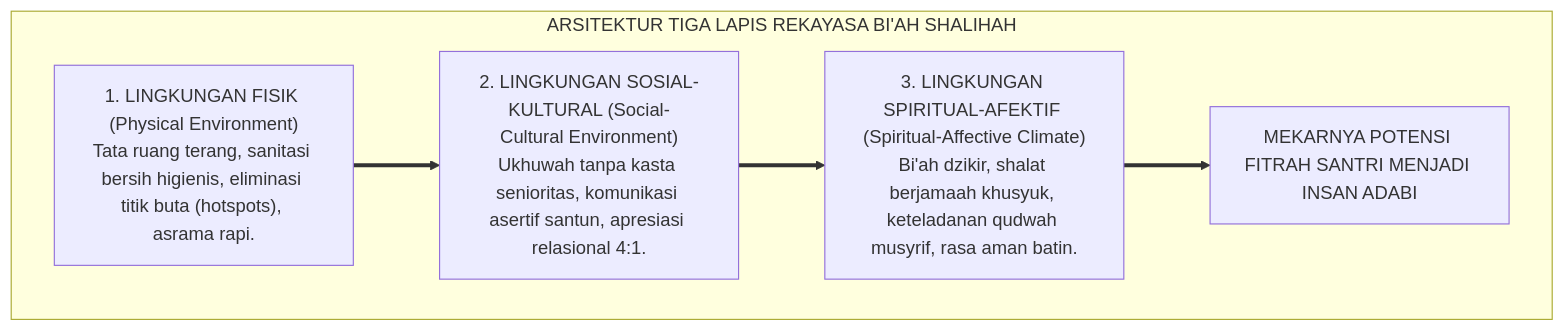
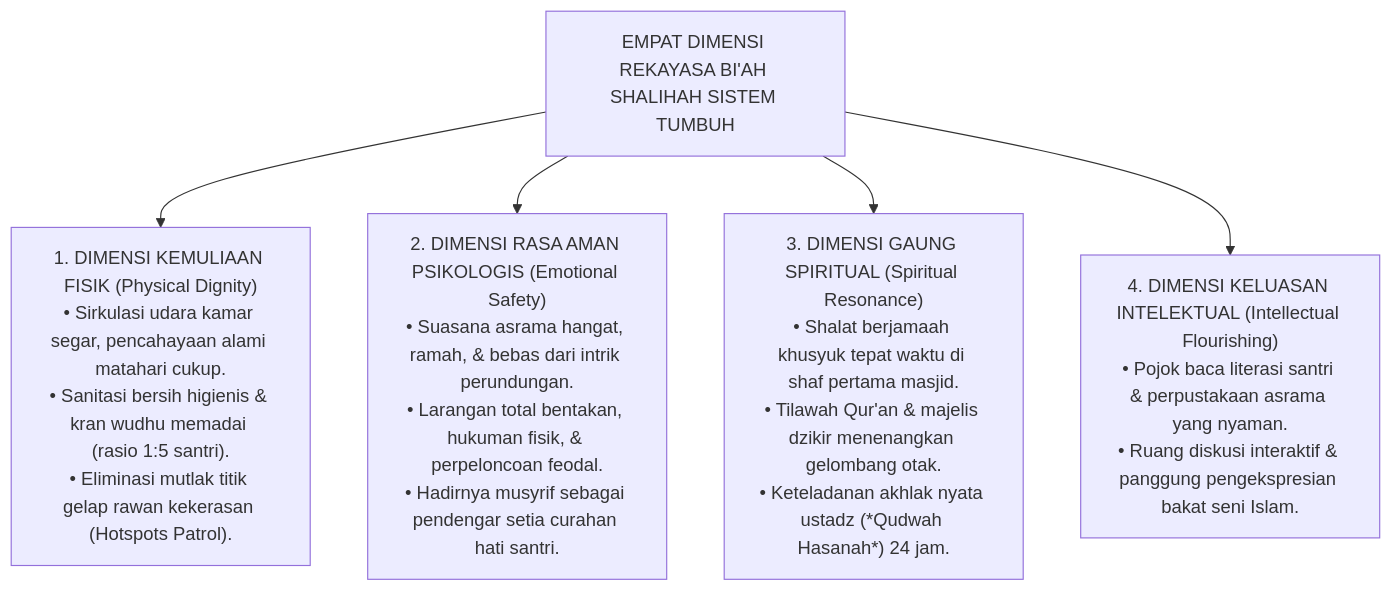
Before and after one commit to wandiapriliyandi/tumbuh: the second of 2 diagrams in BOOK-SERIES/Volume-01/Bab-02-Ontologi-Fitrah-dan-Hakikat-Insan-Pembelajar/05-Implikasi-Ontologis-Rancangan-Biah-Shalihah.md, drawn with Mermaid. The commit also changed other lines of this file and 24 other files, not shown here.

Commit message:
feat(book-01): perkaya dan perdalam seluruh isi subbab bab 02 s.d. 07 dengan elaborasi komprehensif, analisis mendalam, dan diagram alur lengkap

````diff
--- a/BOOK-SERIES/Volume-01/Bab-02-Ontologi-Fitrah-dan-Hakikat-Insan-Pembelajar/05-Implikasi-Ontologis-Rancangan-Biah-Shalihah.md
+++ b/BOOK-SERIES/Volume-01/Bab-02-Ontologi-Fitrah-dan-Hakikat-Insan-Pembelajar/05-Implikasi-Ontologis-Rancangan-Biah-Shalihah.md
@@ -18,12 +40,12 @@
 ```mermaid
 graph TD
-    subgraph EkologiTUMBUH["ARSITEKTUR TIGA LAPIS REKAYASA BI'AH SHALIHAH"]
-        E1["1. LINGKUNGAN FISIK (Physical Environment)<br/>Tata ruang terang, sanitasi bersih higienis, eliminasi titik buta (hotspots), asrama rapi."]
-        
-        E2["2. LINGKUNGAN SOSIAL-KULTURAL (Social-Cultural Environment)<br/>Ukhuwah tanpa kasta senioritas, komunikasi asertif santun, apresiasi relasional 4:1."]
-        
-        E3["3. LINGKUNGAN SPIRITUAL-AFEKTIF (Spiritual-Affective Climate)<br/>Bi'ah dzikir, shalat berjamaah khusyuk, keteladanan qudwah musyrif, rasa aman batin."]
-        
-        E1 ==> E2 ==> E3 ==> MekarFitrah["MEKARNYA POTENSI FITRAH SANTRI MENJADI INSAN ADABI"]
-    end
+    RootBiah["EMPAT DIMENSI REKAYASA BI'AH SHALIHAH SISTEM TUMBUH"]
+    
+    RootBiah --> D1["1. DIMENSI KEMULIAAN FISIK (Physical Dignity)<br/>• Sirkulasi udara kamar segar, pencahayaan alami matahari cukup.<br/>• Sanitasi bersih higienis & kran wudhu memadai (rasio 1:5 santri).<br/>• Eliminasi mutlak titik gelap rawan kekerasan (Hotspots Patrol)."]
+    
+    RootBiah --> D2["2. DIMENSI RASA AMAN PSIKOLOGIS (Emotional Safety)<br/>• Suasana asrama hangat, ramah, & bebas dari intrik perundungan.<br/>• Larangan total bentakan, hukuman fisik, & perpeloncoan feodal.<br/>• Hadirnya musyrif sebagai pendengar setia curahan hati santri."]
+    
+    RootBiah --> D3["3. DIMENSI GAUNG SPIRITUAL (Spiritual Resonance)<br/>• Shalat berjamaah khusyuk tepat waktu di shaf pertama masjid.<br/>• Tilawah Qur'an & majelis dzikir menenangkan gelombang otak.<br/>• Keteladanan akhlak nyata ustadz (*Qudwah Hasanah*) 24 jam."]
+    
+    RootBiah --> D4["4. DIMENSI KELUASAN INTELEKTUAL (Intellectual Flourishing)<br/>• Pojok baca literasi santri & perpustakaan asrama yang nyaman.<br/>• Ruang diskusi interaktif & panggung pengekspresian bakat seni Islam."]
 ```
````
